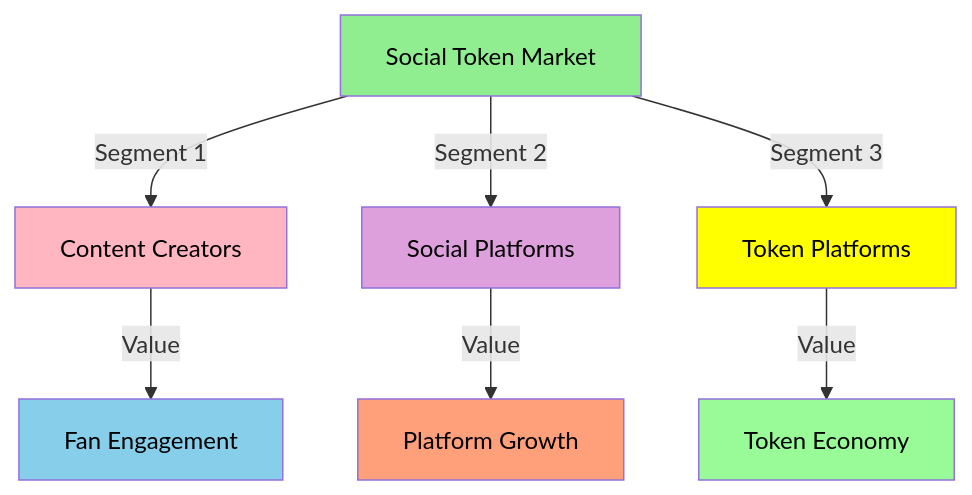
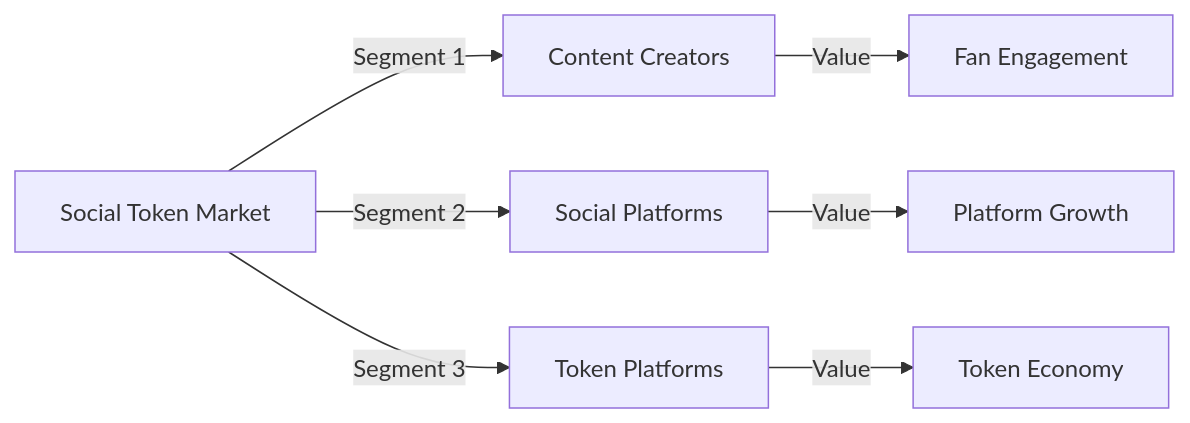
Before and after one commit to MEMEFANS/memefans: the first of 13 diagrams in docs/whitepaper/market-analysis.md, drawn with Mermaid. The commit also changed other lines of this file, not shown here.

Commit message:
fix: convert all graphs to simple LR format for maximum compatibility

````diff
--- a/docs/whitepaper/market-analysis.md
+++ b/docs/whitepaper/market-analysis.md
@@ -34,17 +34,9 @@
 ```mermaid
-graph TD
+graph LR
     A[Social Token Market] -->|Segment 1| B[Content Creators]
     A -->|Segment 2| C[Social Platforms]
     A -->|Segment 3| D[Token Platforms]
     B -->|Value| E[Fan Engagement]
     C -->|Value| F[Platform Growth]
     D -->|Value| G[Token Economy]
-    
-    style A fill:#90EE90,color:#000000
-    style B fill:#FFB6C1,color:#000000
-    style C fill:#DDA0DD,color:#000000
-    style D fill:#FFFF00,color:#000000
-    style E fill:#87CEEB,color:#000000
-    style F fill:#FFA07A,color:#000000
-    style G fill:#98FB98,color:#000000
 ```
````
